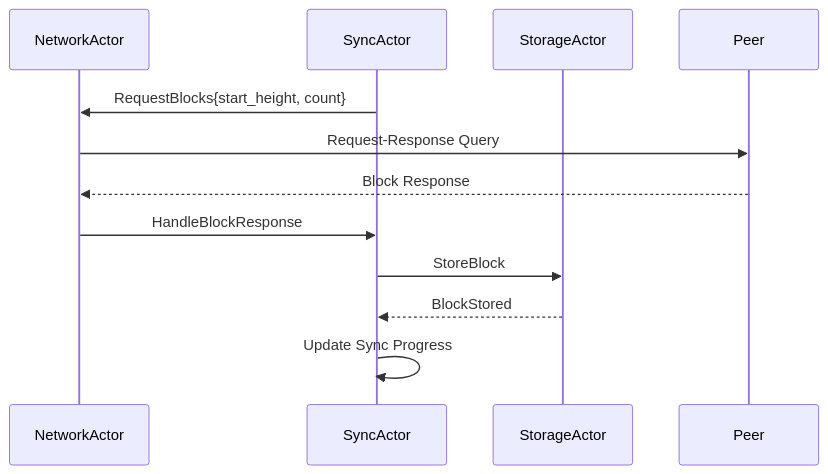
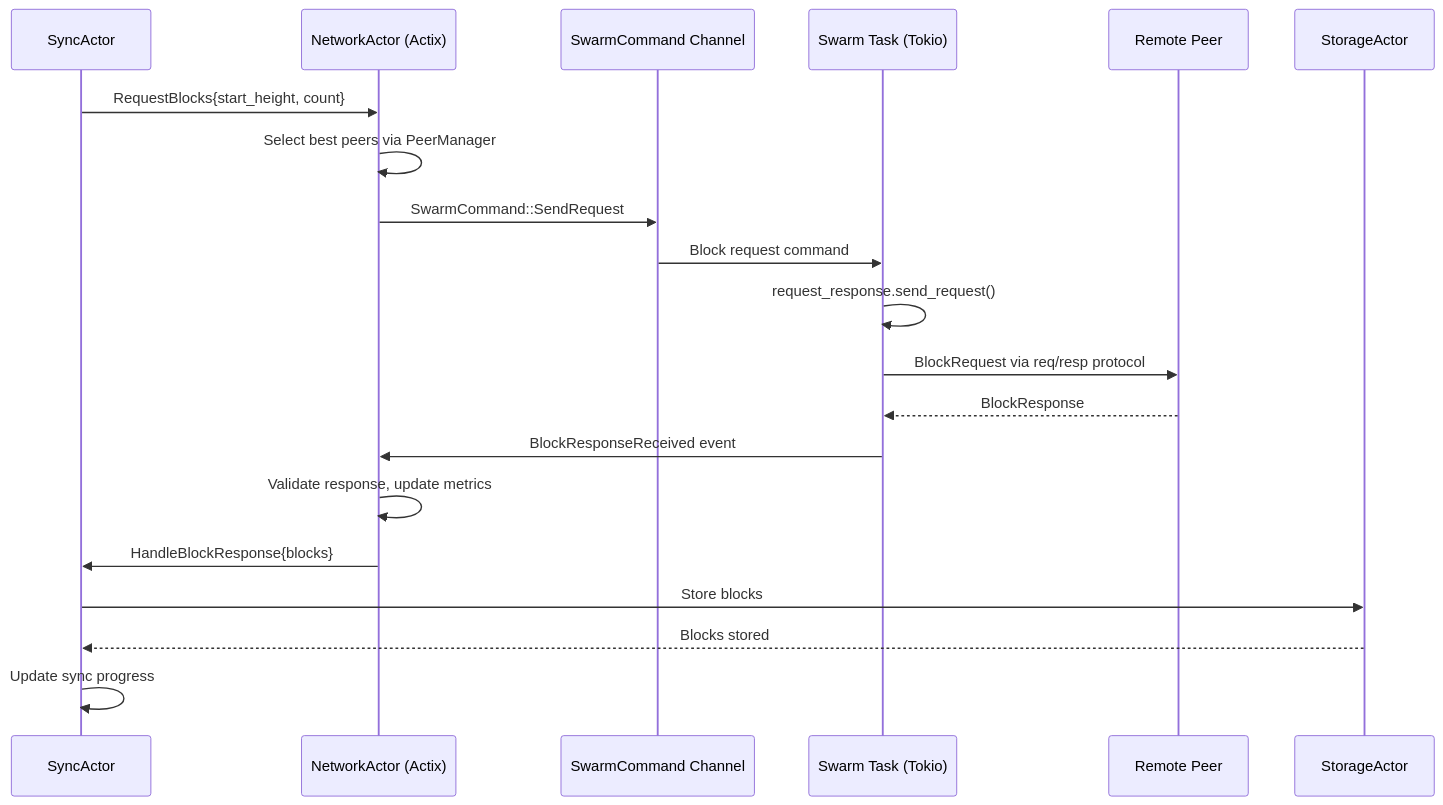
The fourth of 9 diagrams in docs/v2_alpha/actors/network/onboarding.knowledge.book.md (AnduroProject/alys), drawn with Mermaid before and after one commit. The commit also changed other lines of this file, not shown here.

First line of the commit message:
docs: update onboarding knowledge book for NetworkActor V2

````diff
--- a/docs/v2_alpha/actors/network/onboarding.knowledge.book.md
+++ b/docs/v2_alpha/actors/network/onboarding.knowledge.book.md
@@ -301,15 +334,23 @@
 ```mermaid
 sequenceDiagram
-    participant NA as NetworkActor
     participant SA as SyncActor
+    participant NA as NetworkActor (Actix)
+    participant CMD as SwarmCommand Channel
+    participant SWARM as Swarm Task (Tokio)
+    participant PEER as Remote Peer
     participant ST as StorageActor
-    participant P as Peer
 
     SA->>NA: RequestBlocks{start_height, count}
-    NA->>P: Request-Response Query
-    P-->>NA: Block Response
-    NA->>SA: HandleBlockResponse
-    SA->>ST: StoreBlock
-    ST-->>SA: BlockStored
-    SA->>SA: Update Sync Progress
+    NA->>NA: Select best peers via PeerManager
+    NA->>CMD: SwarmCommand::SendRequest
+    CMD->>SWARM: Block request command
+    SWARM->>SWARM: request_response.send_request()
+    SWARM->>PEER: BlockRequest via req/resp protocol
+    PEER-->>SWARM: BlockResponse
+    SWARM->>NA: BlockResponseReceived event
+    NA->>NA: Validate response, update metrics
+    NA->>SA: HandleBlockResponse{blocks}
+    SA->>ST: Store blocks
+    ST-->>SA: Blocks stored
+    SA->>SA: Update sync progress
 ```
````
